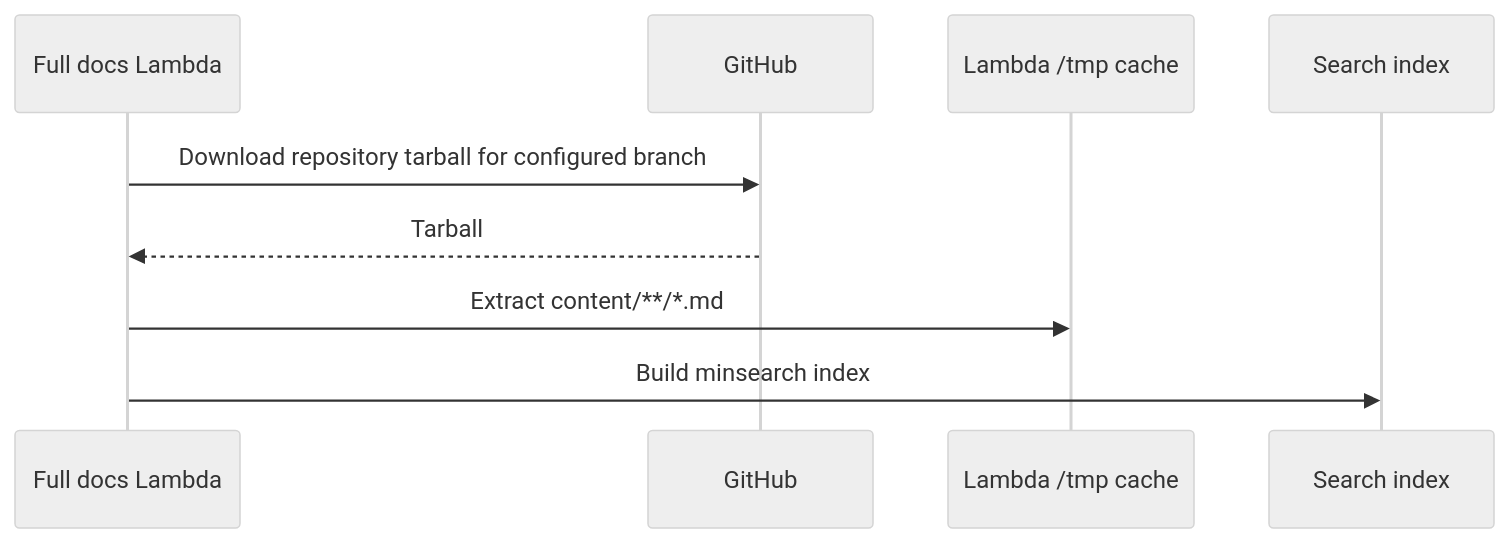
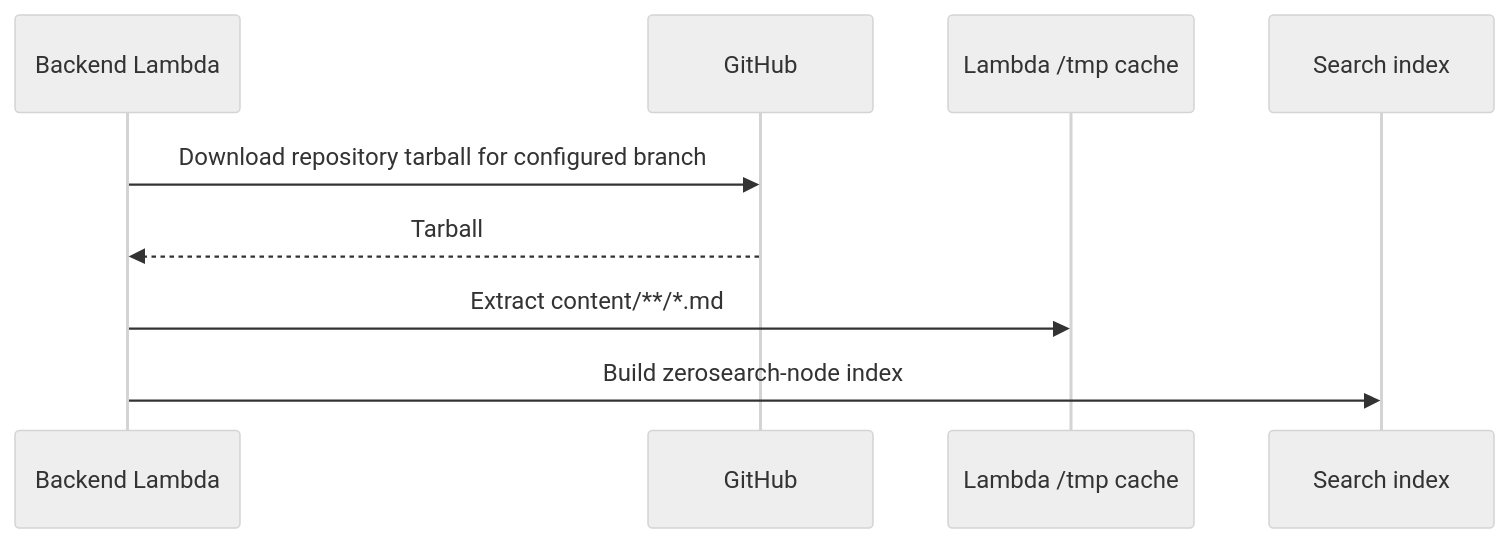
One commit to DataTalksClub/dataops changed the third of 6 diagrams in docs/architecture.md. Above: the diagram before and after it, drawn with Mermaid (neutral theme). The commit also changed other lines of this file and 294 other files, not shown here.

````diff
--- a/docs/architecture.md
+++ b/docs/architecture.md
@@ -102,12 +103,12 @@
 ```mermaid
 sequenceDiagram
-  participant L as Full docs Lambda
+  participant L as Backend Lambda
   participant G as GitHub
   participant T as Lambda /tmp cache
   participant I as Search index
 
   L->>G: Download repository tarball for configured branch
   G-->>L: Tarball
   L->>T: Extract content/**/*.md
-  L->>I: Build minsearch index
+  L->>I: Build zerosearch-node index
 ```
````
